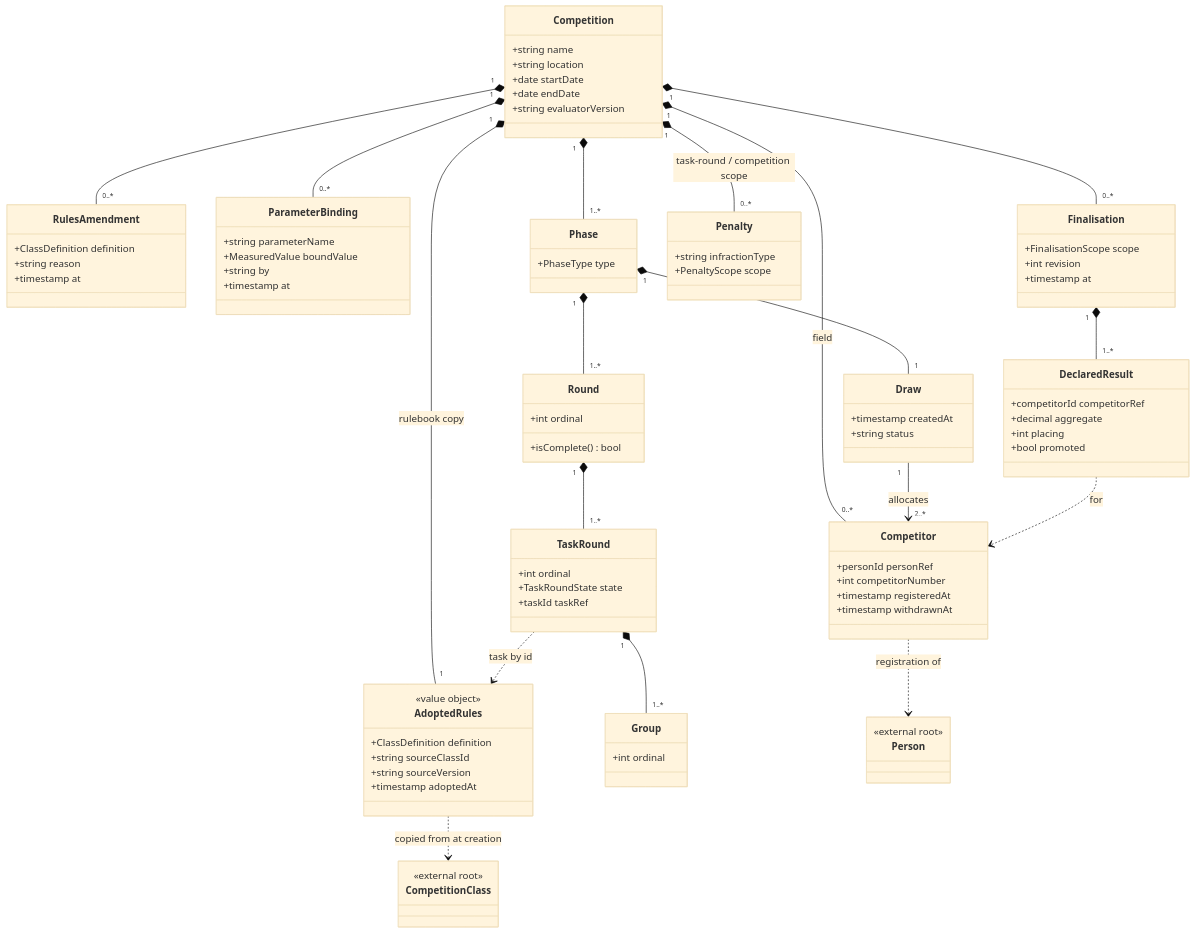
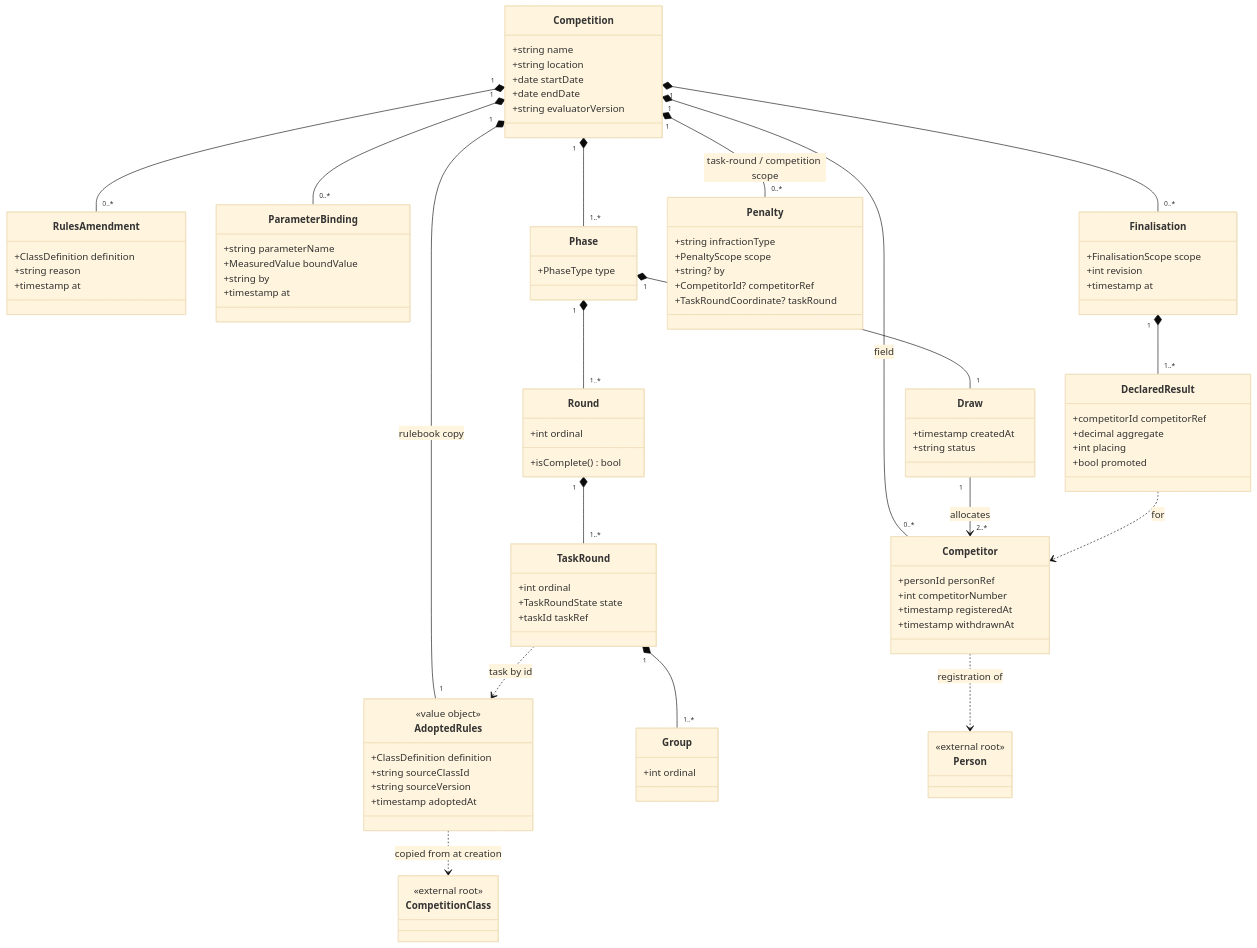
Before and after one commit to petegee/Soarscore2: the third of 5 diagrams in docs/aggregate-roots.md, drawn with Mermaid (base theme). The commit also changed other lines of this file and 28 other files, not shown here.

```diff
--- a/docs/aggregate-roots.md
+++ b/docs/aggregate-roots.md
@@ -292,6 +292,9 @@
     class Penalty {
         +string infractionType
         +PenaltyScope scope
+        +string? by
+        +CompetitorId? competitorRef
+        +TaskRoundCoordinate? taskRound
     }
     class CompetitionClass {
         <<external root>>
```
